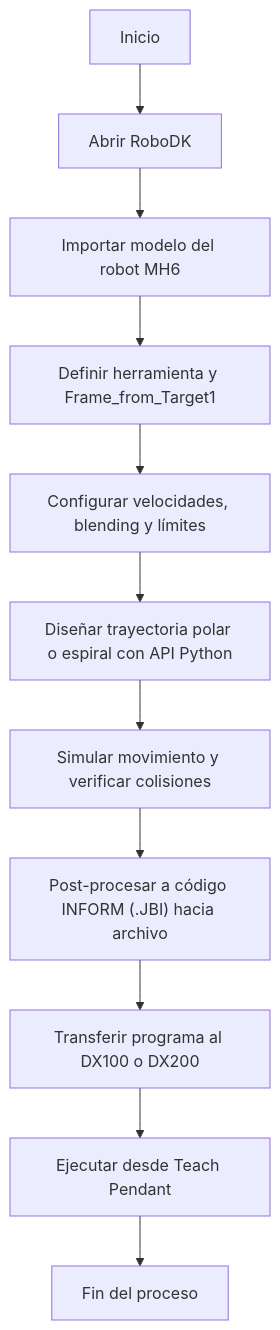
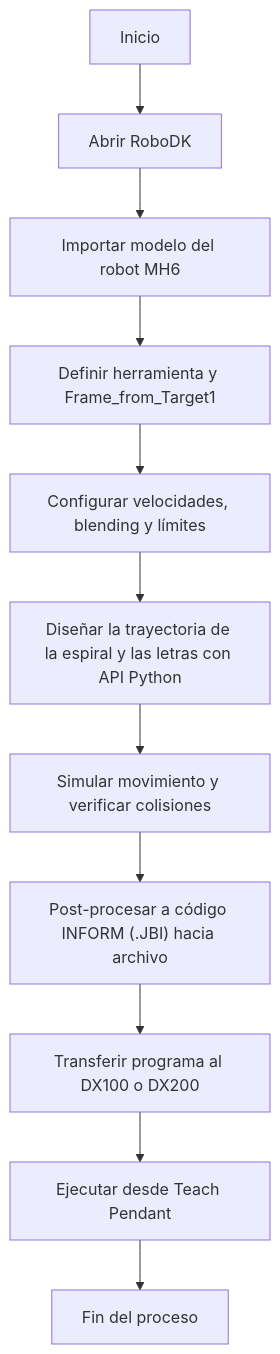
Before and after one commit to odacostaz/Robotica: the diagram in Laboratorio_2/README.md, drawn with Mermaid.

````diff
--- a/Laboratorio_2/README.md
+++ b/Laboratorio_2/README.md
@@ -160,13 +160,13 @@
 ```mermaid
 flowchart TD
 A[Inicio] --> B[Abrir RoboDK]
 B --> C[Importar modelo del robot MH6]
 C --> D[Definir herramienta y Frame_from_Target1]
 D --> E[Configurar velocidades, blending y límites]
-E --> F[Diseñar trayectoria polar o espiral con API Python]
+E --> F[Diseñar la trayectoria de la espiral y las letras con API Python]
 F --> G[Simular movimiento y verificar colisiones]
 G --> H["Post-procesar a código INFORM (.JBI) hacia archivo"]
 H --> I[Transferir programa al DX100 o DX200]
 I --> J[Ejecutar desde Teach Pendant]
 J --> K[Fin del proceso]
 ```
````
